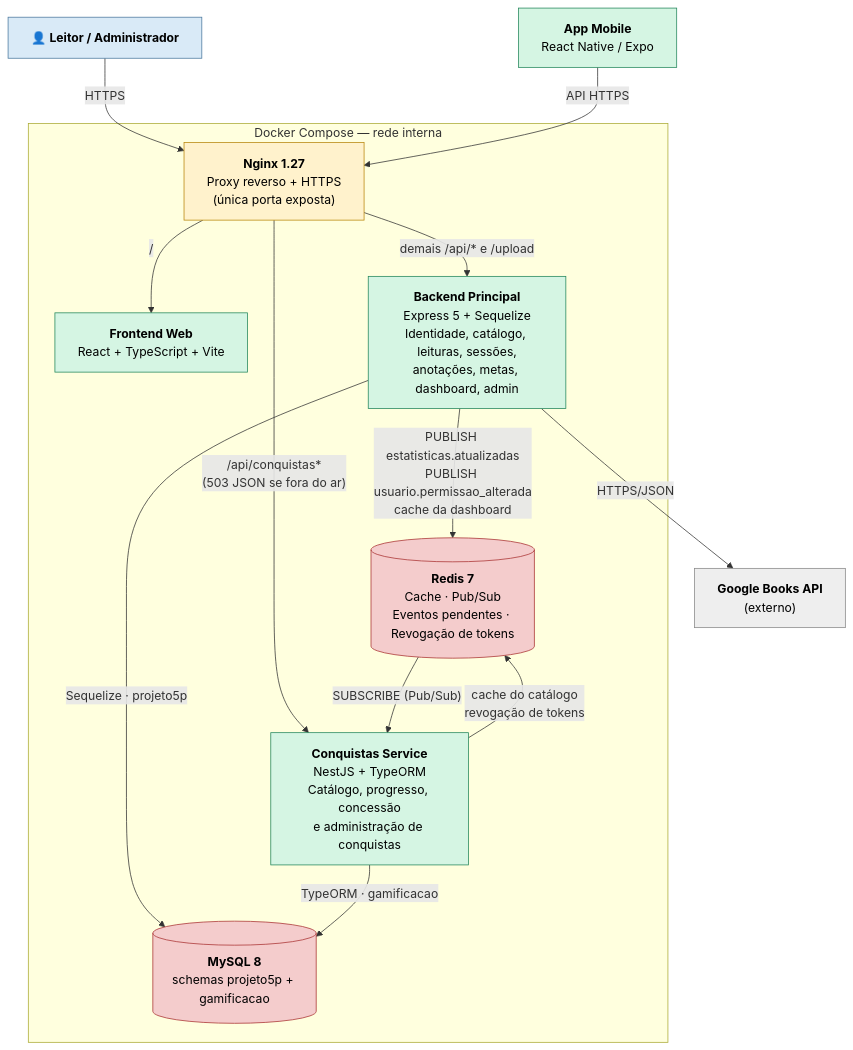
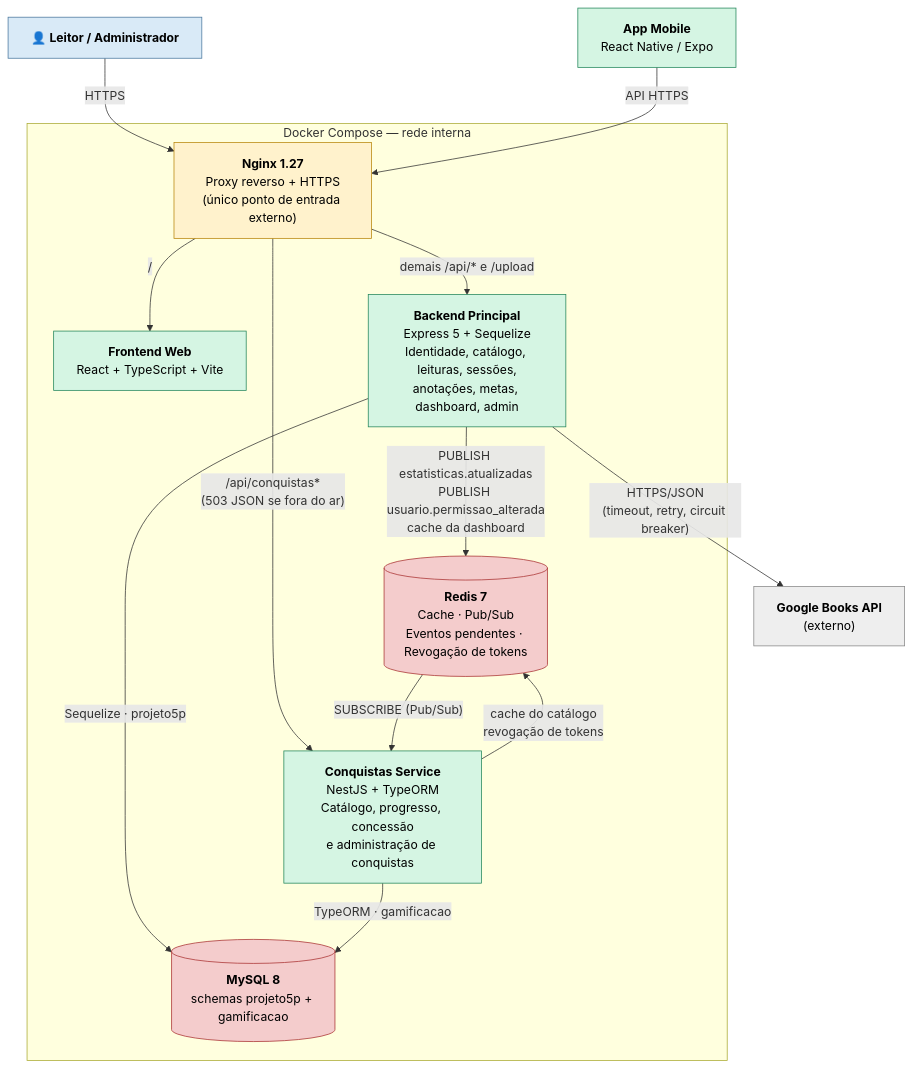
One commit to Emanuelymanu/bibliotecaDocker changed the diagram in docs/diagramas/c4-containers.md. Above: the diagram before and after it, drawn with Mermaid. The commit also changed 12 other files, not shown here.

````diff
--- a/docs/diagramas/c4-containers.md
+++ b/docs/diagramas/c4-containers.md
@@ -5,39 +5,39 @@
 ```mermaid
 flowchart TB
     usuarios["👤 <b>Leitor / Administrador</b>"]
     mobile["<b>App Mobile</b><br/>React Native / Expo"]
 
     subgraph compose["Docker Compose — rede interna"]
-        nginx["<b>Nginx 1.27</b><br/>Proxy reverso + HTTPS<br/>(única porta exposta)"]
+        nginx["<b>Nginx 1.27</b><br/>Proxy reverso + HTTPS<br/>(único ponto de entrada externo)"]
         web["<b>Frontend Web</b><br/>React + TypeScript + Vite"]
         express["<b>Backend Principal</b><br/>Express 5 + Sequelize<br/>Identidade, catálogo, leituras, sessões,<br/>anotações, metas, dashboard, admin"]
         nest["<b>Conquistas Service</b><br/>NestJS + TypeORM<br/>Catálogo, progresso, concessão<br/>e administração de conquistas"]
         redis[("<b>Redis 7</b><br/>Cache · Pub/Sub<br/>Eventos pendentes · Revogação de tokens")]
         mysql[("<b>MySQL 8</b><br/>schemas projeto5p + gamificacao")]
     end
 
     google["<b>Google Books API</b><br/>(externo)"]
 
     usuarios -- HTTPS --> nginx
     mobile -- "API HTTPS" --> nginx
     nginx -- "/" --> web
     nginx -- "demais /api/* e /upload" --> express
     nginx -- "/api/conquistas*<br/>(503 JSON se fora do ar)" --> nest
     express -- "Sequelize · projeto5p" --> mysql
     nest -- "TypeORM · gamificacao" --> mysql
     express -- "PUBLISH estatisticas.atualizadas<br/>PUBLISH usuario.permissao_alterada<br/>cache da dashboard" --> redis
     redis -- "SUBSCRIBE (Pub/Sub)" --> nest
     nest -- "cache do catálogo<br/>revogação de tokens" --> redis
-    express -- "HTTPS/JSON" --> google
+    express -- "HTTPS/JSON<br/>(timeout, retry, circuit breaker)" --> google
 
     classDef pessoa fill:#d9eaf7,stroke:#4a789e,color:#000
     classDef app fill:#d5f5e3,stroke:#23865b,color:#000
     classDef proxy fill:#fff2cc,stroke:#b8860b,color:#000
     classDef dados fill:#f4cccc,stroke:#aa3333,color:#000
     classDef externo fill:#eeeeee,stroke:#888888,color:#000
     class usuarios pessoa
     class mobile,web,express,nest app
     class nginx proxy
     class redis,mysql dados
     class google externo
 ```
````
